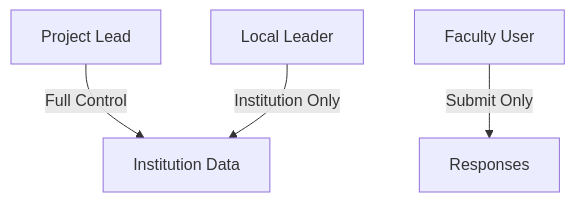
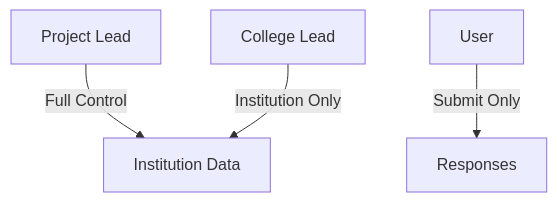
Before and after one commit to amatycwebportal/AMATYC-Web-Portal: the third of 8 diagrams in Documentation/Design/Design-Document.md, drawn with Mermaid. The commit also changed other lines of this file and 161 other files, not shown here.

````diff
--- a/Documentation/Design/Design-Document.md
+++ b/Documentation/Design/Design-Document.md
@@ -165,10 +165,10 @@
 ```mermaid
 flowchart TD
     PL[Project Lead]
-    LL[Local Leader]
-    F[Faculty User]
+    LL[College Lead]
+    F[User]
 
     PL -->|Full Control| INST[Institution Data]
     LL -->|Institution Only| INST
     F -->|Submit Only| RESP[Responses]
 ```
````
